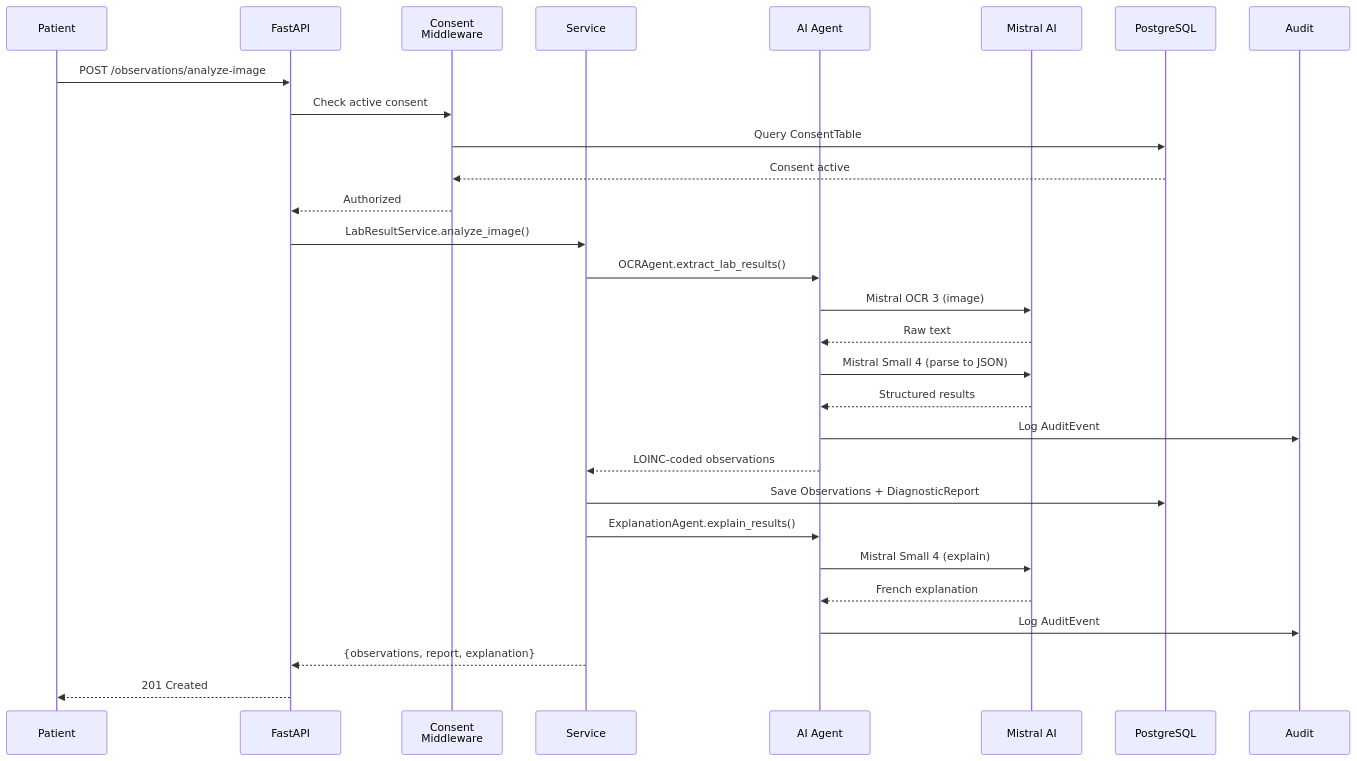
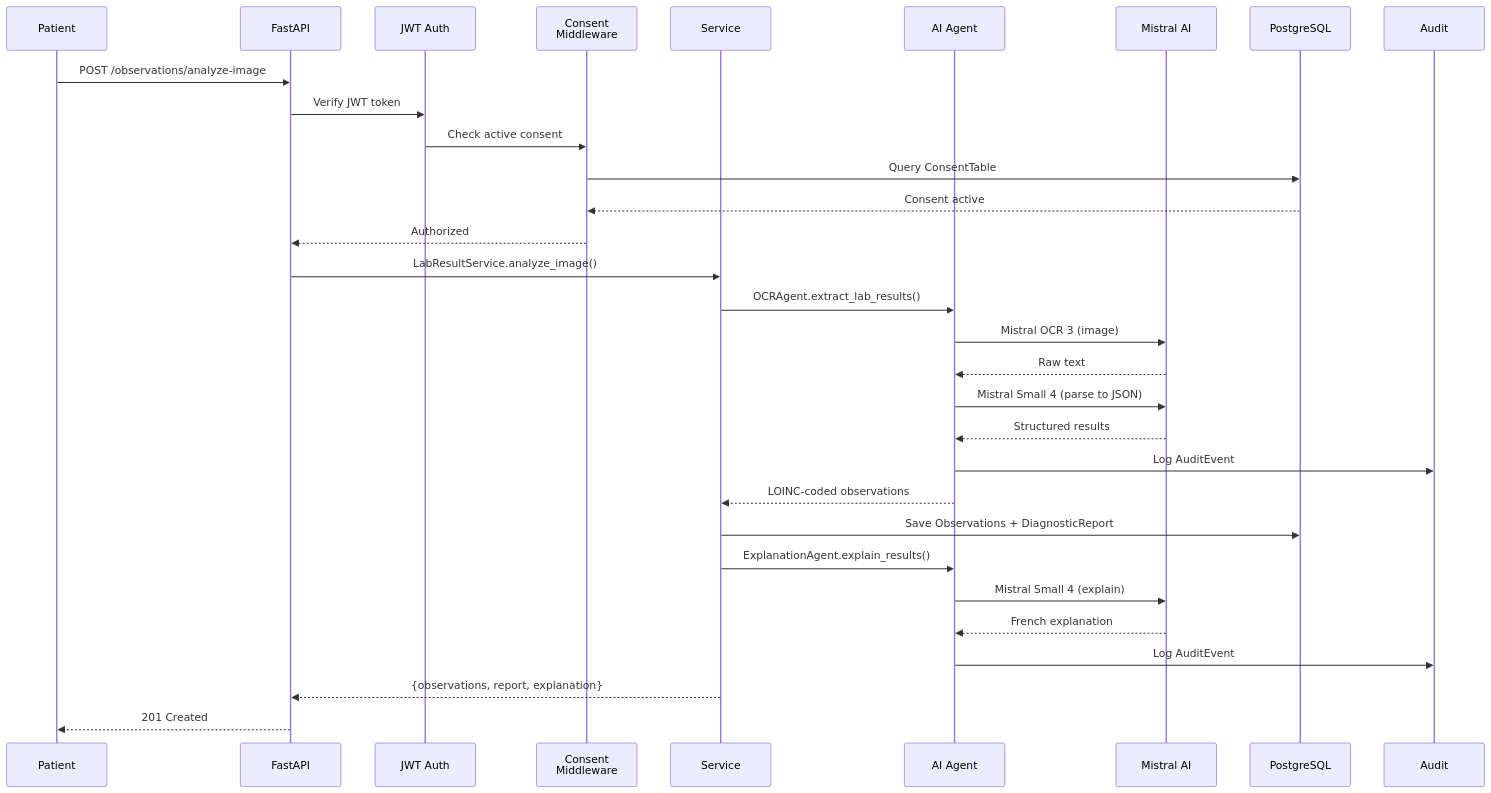
Before and after one commit to soneeee22000/entre-deux: the third of 5 diagrams in README.md, drawn with Mermaid. The commit also changed other lines of this file, not shown here.

Commit message:
docs: update README with voice journal, PDF export, auth, deploy, 207 tests

````diff
--- a/README.md
+++ b/README.md
@@ -193,32 +135,34 @@
 ```mermaid
 sequenceDiagram
     participant P as Patient
     participant API as FastAPI
+    participant Auth as JWT Auth
     participant CM as Consent<br/>Middleware
     participant S as Service
     participant A as AI Agent
     participant M as Mistral AI
     participant DB as PostgreSQL
     participant AU as Audit
 
     P->>API: POST /observations/analyze-image
-    API->>CM: Check active consent
+    API->>Auth: Verify JWT token
+    Auth->>CM: Check active consent
     CM->>DB: Query ConsentTable
     DB-->>CM: Consent active
     CM-->>API: Authorized
     API->>S: LabResultService.analyze_image()
     S->>A: OCRAgent.extract_lab_results()
     A->>M: Mistral OCR 3 (image)
     M-->>A: Raw text
     A->>M: Mistral Small 4 (parse to JSON)
     M-->>A: Structured results
     A->>AU: Log AuditEvent
     A-->>S: LOINC-coded observations
     S->>DB: Save Observations + DiagnosticReport
     S->>A: ExplanationAgent.explain_results()
     A->>M: Mistral Small 4 (explain)
     M-->>A: French explanation
     A->>AU: Log AuditEvent
     S-->>API: {observations, report, explanation}
     API-->>P: 201 Created
 ```
````
